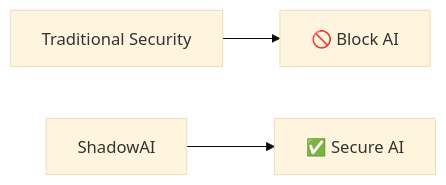
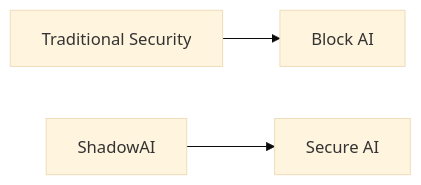
One commit to DurvaShidruk/ShadowAI changed the third of 3 diagrams in docs/Problem-Solution.md. Above: the diagram before and after it, drawn with Mermaid (base theme).

Commit message:
Remove emojis from AI security labels
Removed emojis from AI security labels for consistency.

````diff
--- a/docs/Problem-Solution.md
+++ b/docs/Problem-Solution.md
@@ -171,15 +171,16 @@
 ```mermaid
 graph LR
 
 Traditional["Traditional Security"]
 
 -->
 
-StopsAI["🚫 Block AI"]
+StopsAI[" Block AI"]
 
 ShadowAI["ShadowAI"]
 
+
 -->
 
-SecureAI["✅ Secure AI"]
+SecureAI[" Secure AI"]
 ```
````
